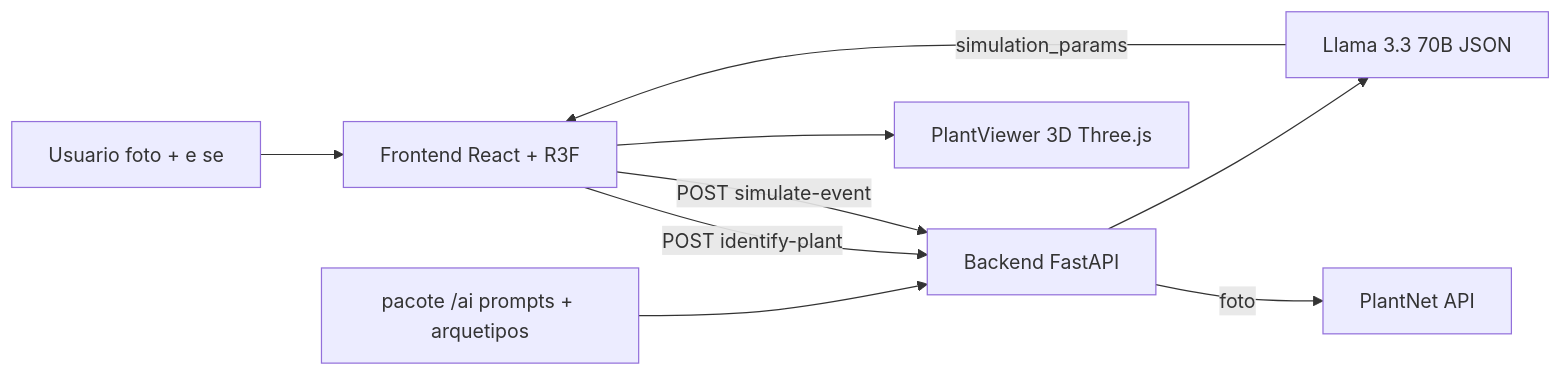
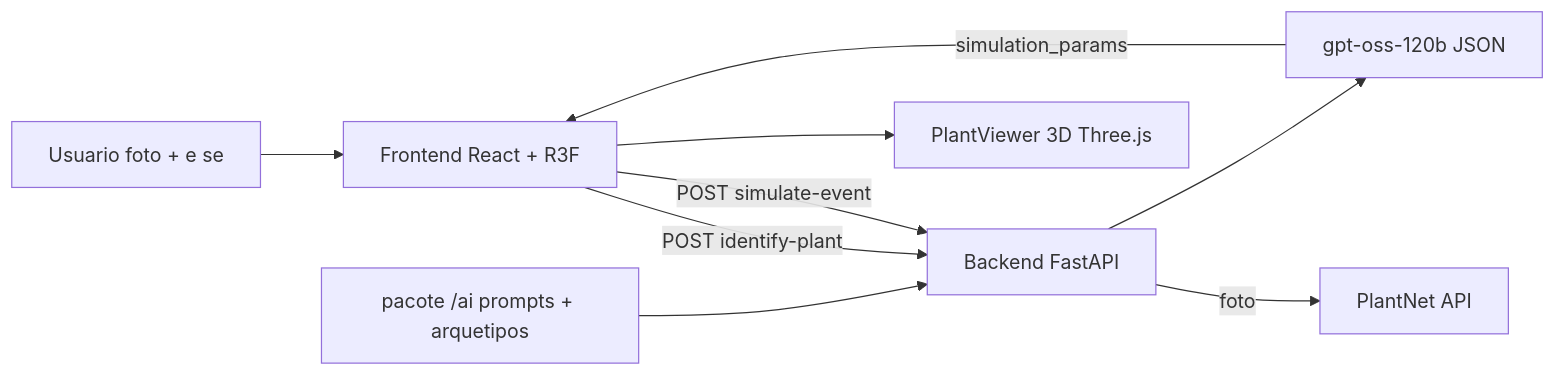
Before and after one commit to BryanMoreira0717/PlantLab: the diagram in README.md, drawn with Mermaid. The commit also changed other lines of this file and 3 other files, not shown here.

Commit message:
feat(llm - groq): MODELO PADRAO GPT-OSS-120B (LLAMA APOSENTADO)

````diff
--- a/README.md
+++ b/README.md
@@ -48,11 +48,11 @@
 ```mermaid
 flowchart LR
     U[Usuario foto + e se] --> F[Frontend React + R3F]
     F -->|POST identify-plant| B[Backend FastAPI]
     B -->|foto| P[PlantNet API]
     F -->|POST simulate-event| B
-    B --> C[Llama 3.3 70B JSON]
+    B --> C[gpt-oss-120b JSON]
     C -->|simulation_params| F
     F --> V[PlantViewer 3D Three.js]
     A[pacote /ai prompts + arquetipos] --> B
 ```
````
